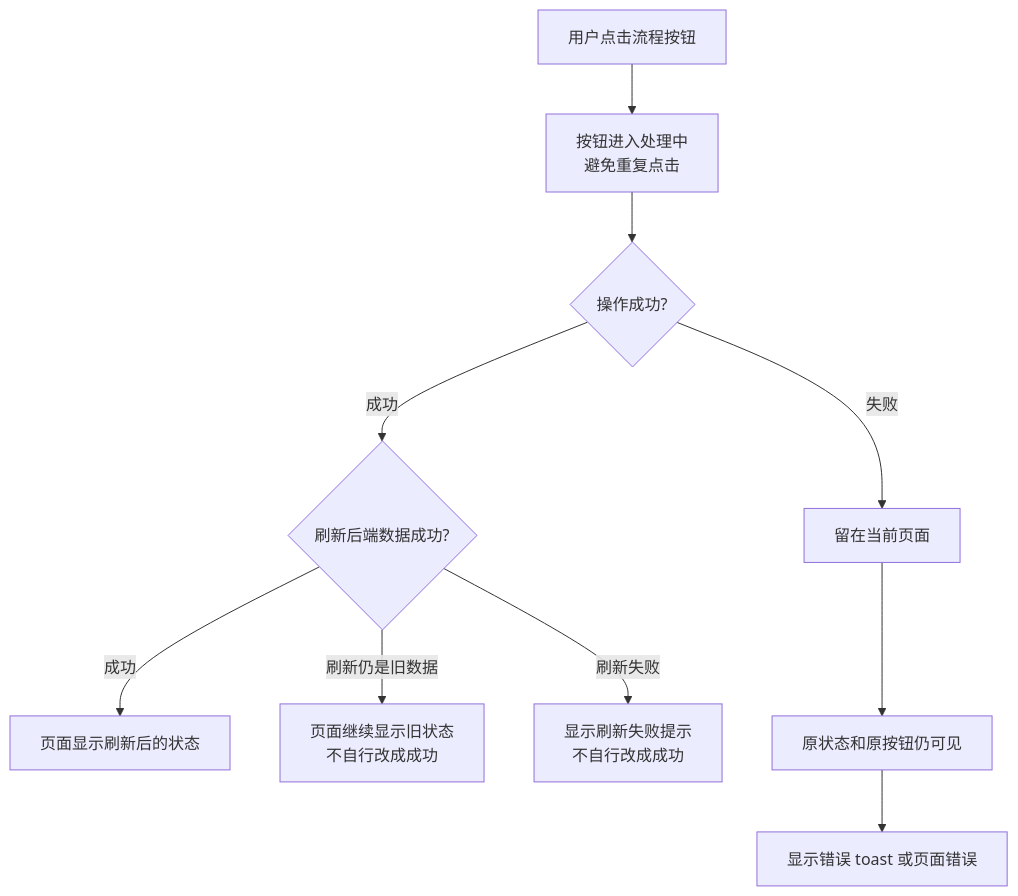
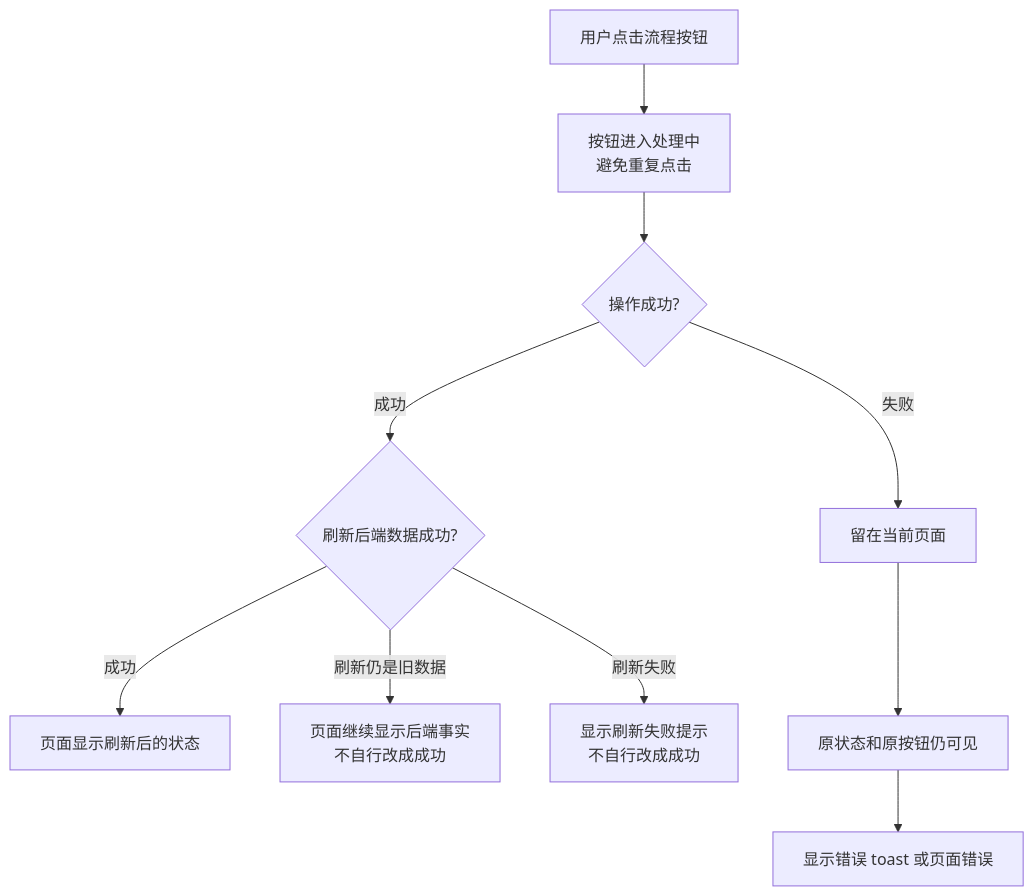
The seventh of 7 diagrams in docs/frontend/ORF 前端流程测试.md (xueyu888/ORF), drawn with Mermaid before and after one commit. The commit also changed other lines of this file and 6 other files, not shown here.

````diff
--- a/docs/frontend/ORF 前端流程测试.md
+++ b/docs/frontend/ORF 前端流程测试.md
@@ -284,12 +284,12 @@
 ```mermaid
 flowchart TD
   A[用户点击流程按钮] --> B[按钮进入处理中<br/>避免重复点击]
   B --> C{操作成功?}
   C -->|成功| D{刷新后端数据成功?}
   D -->|成功| E[页面显示刷新后的状态]
-  D -->|刷新仍是旧数据| F[页面继续显示旧状态<br/>不自行改成成功]
+  D -->|刷新仍是旧数据| F[页面继续显示后端事实<br/>不自行改成成功]
   D -->|刷新失败| G[显示刷新失败提示<br/>不自行改成成功]
   C -->|失败| H[留在当前页面]
   H --> I[原状态和原按钮仍可见]
   I --> J[显示错误 toast 或页面错误]
 ```
````
